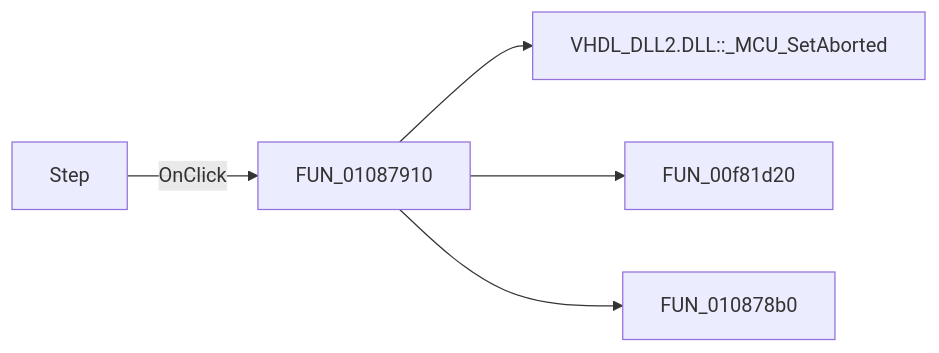
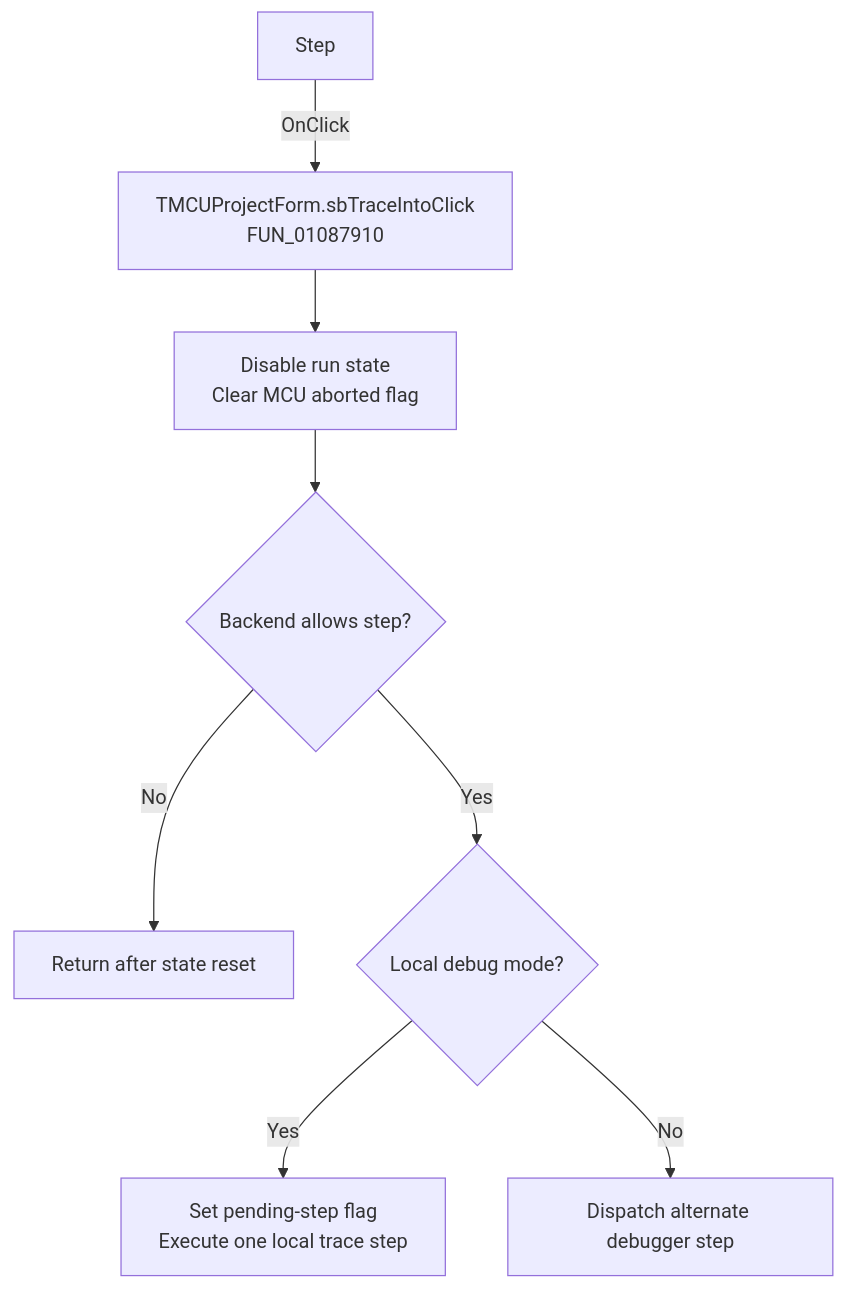
One commit to MovGP0/TIARA changed the diagram in docs/ui-controls/mcuprojectform/sbtraceinto-47d270dc65.md. Above: the diagram before and after it, drawn with Mermaid. The commit also changed other lines of this file and 1062 other files, not shown here.

````diff
--- a/docs/ui-controls/mcuprojectform/sbtraceinto-47d270dc65.md
+++ b/docs/ui-controls/mcuprojectform/sbtraceinto-47d270dc65.md
@@ -27,7 +27,10 @@
 ```mermaid
-flowchart LR
-    control["Step"] -->|OnClick| handler["FUN_01087910"]
-    handler --> call1["VHDL_DLL2.DLL::_MCU_SetAborted"]
-    handler --> call2["FUN_00f81d20"]
-    handler --> call3["FUN_010878b0"]
+flowchart TD
+    control["Step"] -->|OnClick| handler["TMCUProjectForm.sbTraceIntoClick<br/>FUN_01087910"]
+    handler --> reset["Disable run state<br/>Clear MCU aborted flag"]
+    reset --> allowed{"Backend allows step?"}
+    allowed -->|No| noOp["Return after state reset"]
+    allowed -->|Yes| mode{"Local debug mode?"}
+    mode -->|Yes| local["Set pending-step flag<br/>Execute one local trace step"]
+    mode -->|No| alternate["Dispatch alternate debugger step"]
 ```
````
